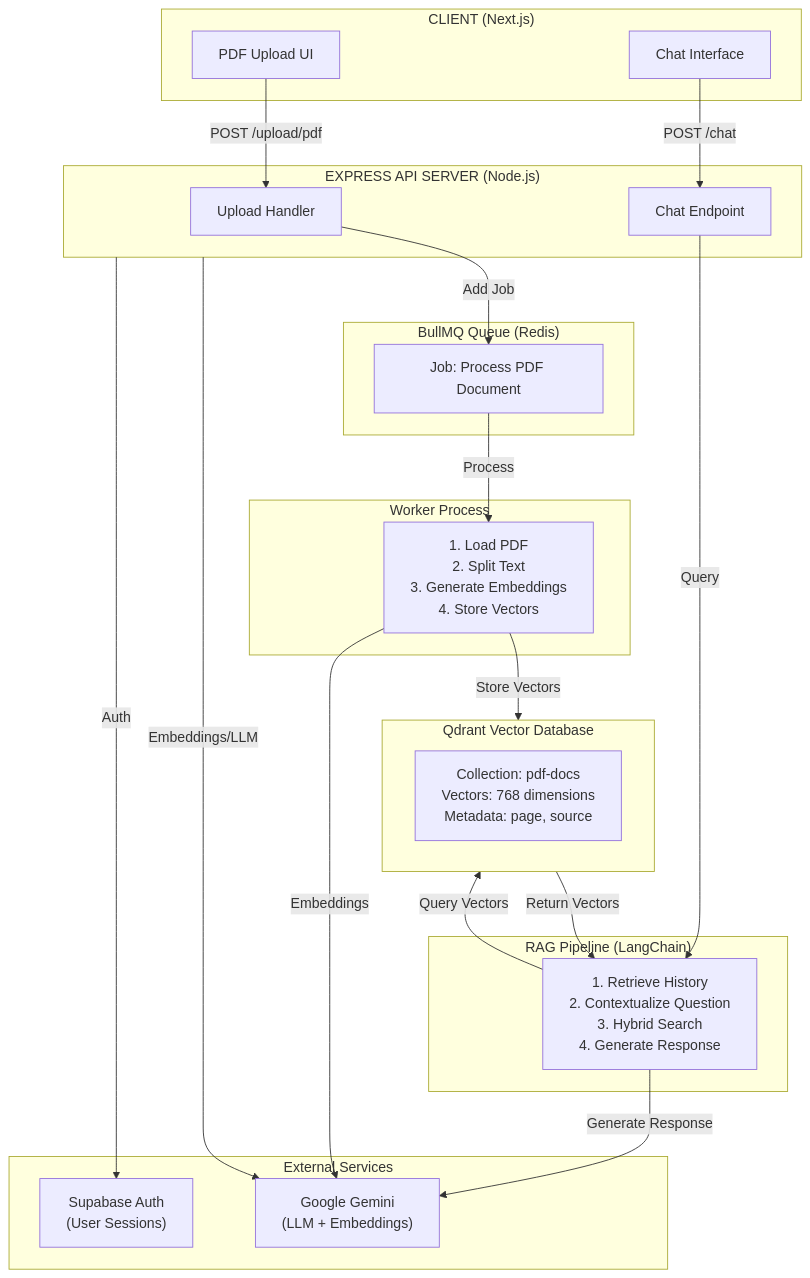
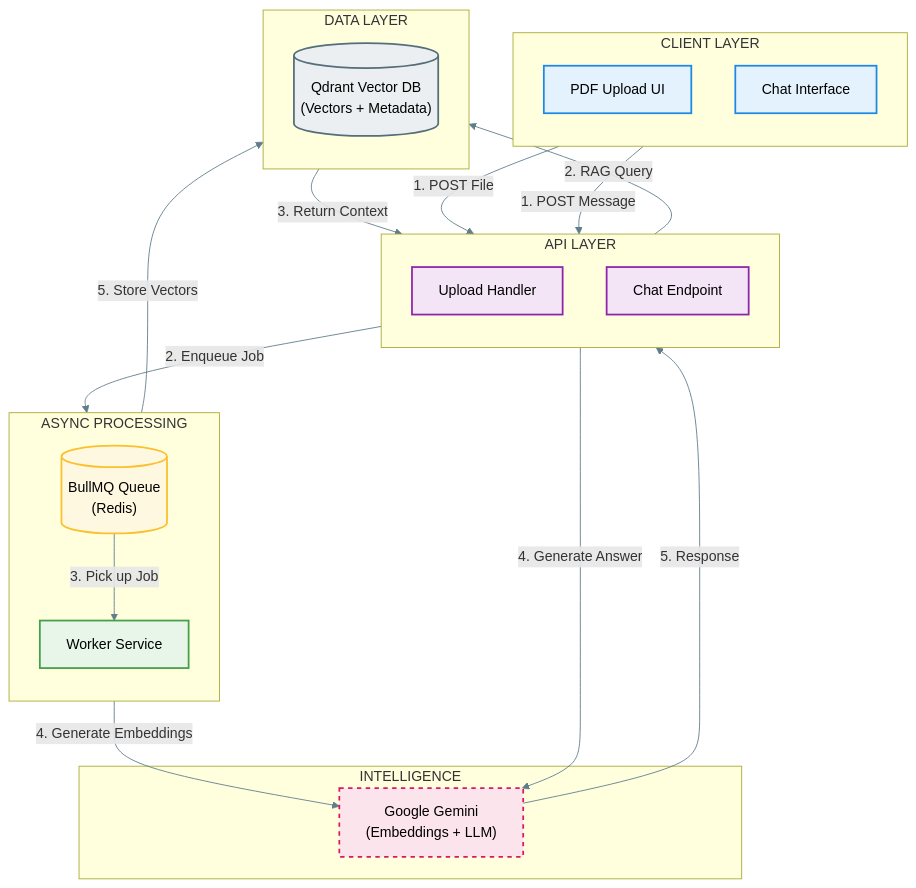
Before and after one commit to AbhinavCoder-14/PromptPage: the first of 3 diagrams in README.md, drawn with Mermaid. The commit also changed other lines of this file, not shown here.

First line of the commit message:
Revise architecture flowcharts in README

````diff
--- a/README.md
+++ b/README.md
@@ -123,51 +123,56 @@
 ```mermaid
 flowchart TD
-    subgraph Client ["CLIENT (Next.js)"]
-        UploadUI["PDF Upload UI"]
-        ChatUI["Chat Interface"]
+    %% --- GLOBAL STYLES ---
+    classDef client fill:#e3f2fd,stroke:#1e88e5,stroke-width:2px,color:#000
+    classDef server fill:#f3e5f5,stroke:#8e24aa,stroke-width:2px,color:#000
+    classDef queue fill:#fff8e1,stroke:#fbc02d,stroke-width:2px,color:#000
+    classDef worker fill:#e8f5e9,stroke:#43a047,stroke-width:2px,color:#000
+    classDef db fill:#eceff1,stroke:#546e7a,stroke-width:2px,color:#000,shape:cylinder
+    classDef external fill:#fce4ec,stroke:#d81b60,stroke-width:2px,stroke-dasharray: 5 5,color:#000
+
+    %% --- NODES ---
+    subgraph Frontend [" CLIENT LAYER "]
+        direction TB
+        UploadUI["PDF Upload UI"]:::client
+        ChatUI["Chat Interface"]:::client
     end
 
-    subgraph Server ["EXPRESS API SERVER (Node.js)"]
-        UploadHandler["Upload Handler"]
-        ChatEndpoint["Chat Endpoint"]
+    subgraph Backend [" API LAYER "]
+        direction TB
+        UploadHandler["Upload Handler"]:::server
+        ChatEndpoint["Chat Endpoint"]:::server
     end
 
-    subgraph Queue ["BullMQ Queue (Redis)"]
-        Job["Job: Process PDF Document"]
+    subgraph Async [" ASYNC PROCESSING "]
+        direction TB
+        JobQueue[("BullMQ Queue\n(Redis)")]:::queue
+        WorkerNode["Worker Service"]:::worker
     end
 
-    subgraph Worker ["Worker Process"]
-        ProcessPDF["1. Load PDF\n2. Split Text\n3. Generate Embeddings\n4. Store Vectors"]
+    subgraph Data [" DATA LAYER "]
+        direction TB
+        VectorDB[("Qdrant Vector DB\n(Vectors + Metadata)")]:::db
     end
 
-    subgraph RAG ["RAG Pipeline (LangChain)"]
-        RAGSteps["1. Retrieve History\n2. Contextualize Question\n3. Hybrid Search\n4. Generate Response"]
+    subgraph AI [" INTELLIGENCE "]
+        Gemini["Google Gemini\n(Embeddings + LLM)"]:::external
     end
 
-    subgraph VectorDB ["Qdrant Vector Database"]
-        QdrantData["Collection: pdf-docs\nVectors: 768 dimensions\nMetadata: page, source"]
-    end
+    %% --- CONNECTIONS ---
+    UploadUI -->|1. POST File| UploadHandler
+    ChatUI -->|1. POST Message| ChatEndpoint
 
-    subgraph External ["External Services"]
-        Supabase["Supabase Auth\n(User Sessions)"]
-        Gemini["Google Gemini\n(LLM + Embeddings)"]
-    end
+    UploadHandler -->|2. Enqueue Job| JobQueue
+    JobQueue -->|3. Pick up Job| WorkerNode
+    
+    WorkerNode -->|4. Generate Embeddings| Gemini
+    WorkerNode -->|5. Store Vectors| VectorDB
 
-    UploadUI -->|POST /upload/pdf| UploadHandler
-    ChatUI -->|POST /chat| ChatEndpoint
+    ChatEndpoint -->|2. RAG Query| VectorDB
+    VectorDB -->|3. Return Context| ChatEndpoint
+    ChatEndpoint -->|4. Generate Answer| Gemini
+    Gemini -->|5. Response| ChatEndpoint
 
-    UploadHandler -->|Add Job| Job
-    Job -->|Process| ProcessPDF
-    ProcessPDF -->|Store Vectors|VectorDB
-
-    ChatEndpoint -->|Query| RAGSteps
-    RAGSteps -->|Query Vectors| VectorDB
-    VectorDB -->|Return Vectors| RAGSteps
-    RAGSteps -->|Generate Response| Gemini
-
-    Server -->|Auth| Supabase
-    Server -->|Embeddings/LLM| Gemini
-    ProcessPDF -->|Embeddings| Gemini
-
-    %% Added 'color:#000000' to force black text for high contrast
+    %% --- LINK STYLES ---
+    linkStyle default stroke:#607d8b,stroke-width:1px
 ```
````
